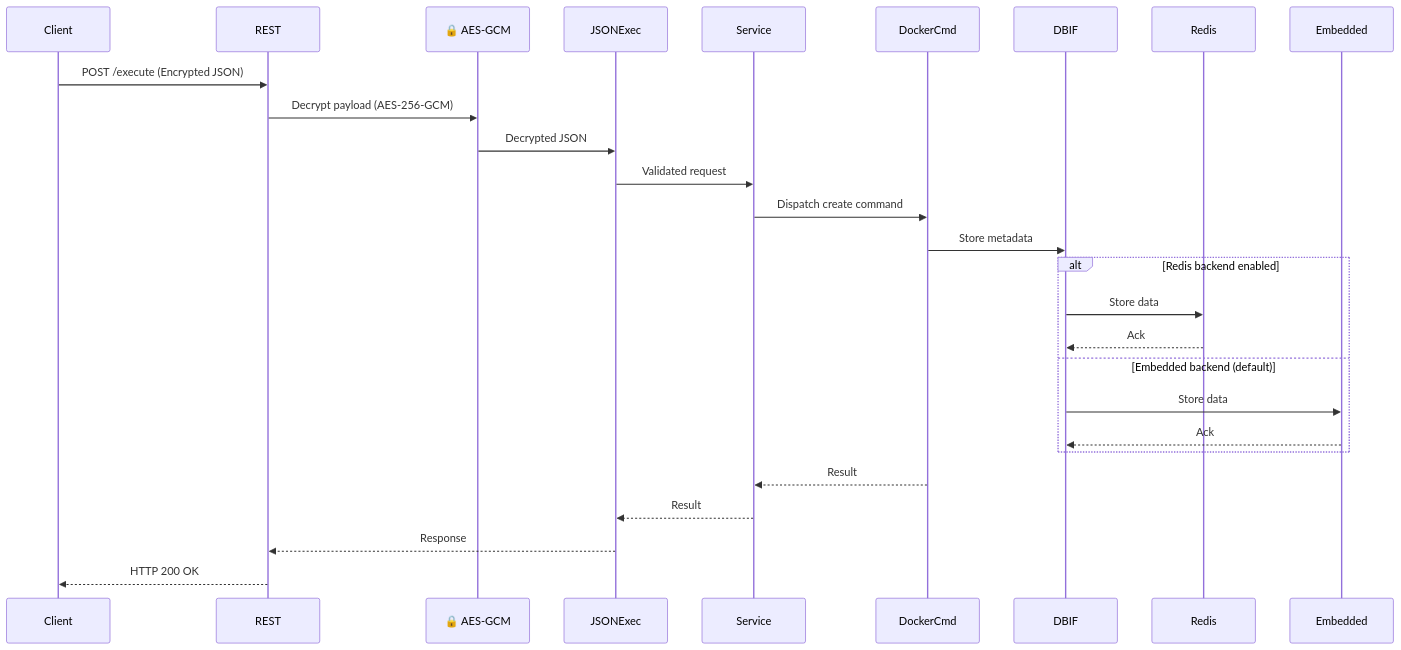
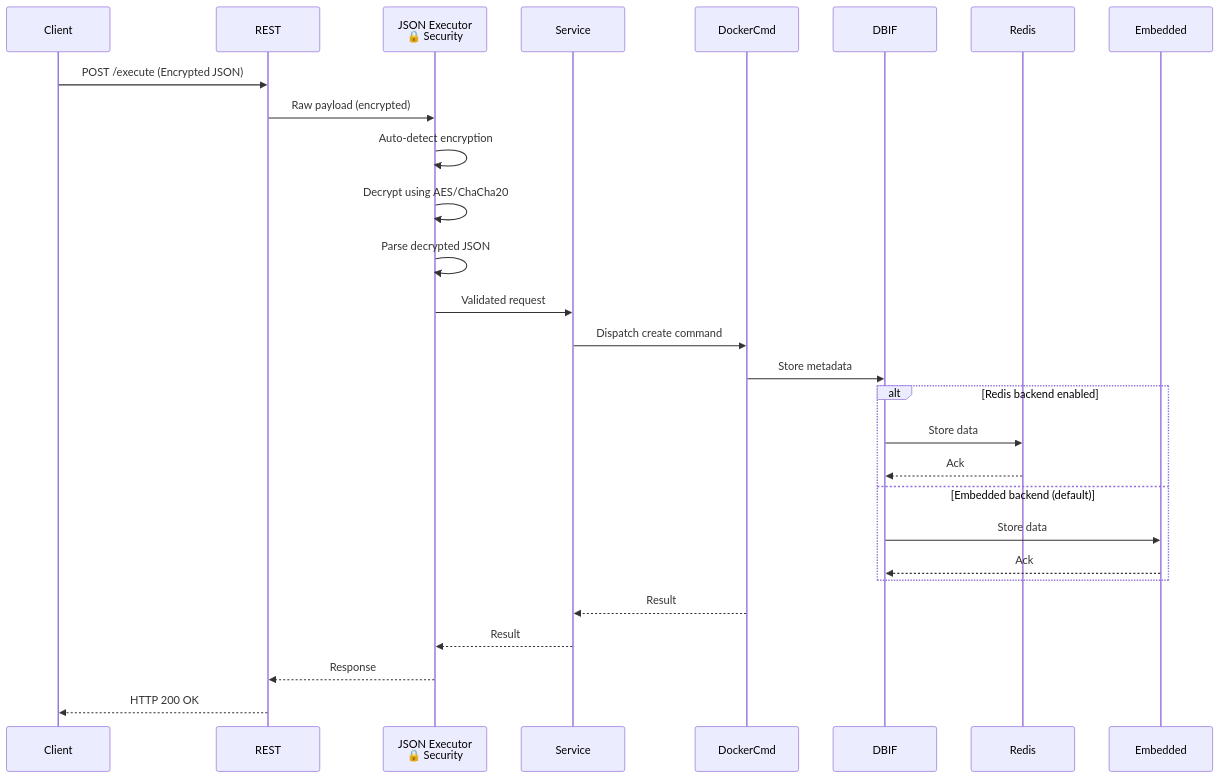
Before and after one commit to Komal-kalyanraman/container_manager: the fifth of 6 diagrams in docs/architecture/architecture_diagram.md, drawn with Mermaid. The commit also changed other lines of this file and 7 other files, not shown here.

Commit message:
updated architecture diagrams

````diff
--- a/docs/architecture/architecture_diagram.md
+++ b/docs/architecture/architecture_diagram.md
@@ -192,30 +173,31 @@
 ```mermaid
 sequenceDiagram
     participant Client
     participant REST
-    participant ENCRYPT as 🔒 AES-GCM
-    participant JSONExec
+    participant JSONExec as JSON Executor<br/>🔒 Security
     participant Service
     participant DockerCmd
     participant DBIF
     participant Redis
     participant Embedded
 
     Client->>REST: POST /execute (Encrypted JSON)
-    REST->>ENCRYPT: Decrypt payload (AES-256-GCM)
-    ENCRYPT->>JSONExec: Decrypted JSON
+    REST->>JSONExec: Raw payload (encrypted)
+    JSONExec->>JSONExec: Auto-detect encryption
+    JSONExec->>JSONExec: Decrypt using AES/ChaCha20
+    JSONExec->>JSONExec: Parse decrypted JSON
     JSONExec->>Service: Validated request
     Service->>DockerCmd: Dispatch create command
     DockerCmd->>DBIF: Store metadata
     alt Redis backend enabled
         DBIF->>Redis: Store data
         Redis-->>DBIF: Ack
     else Embedded backend (default)
         DBIF->>Embedded: Store data
         Embedded-->>DBIF: Ack
     end
     DockerCmd-->>Service: Result
     Service-->>JSONExec: Result
     JSONExec-->>REST: Response
     REST-->>Client: HTTP 200 OK
 ```
````
